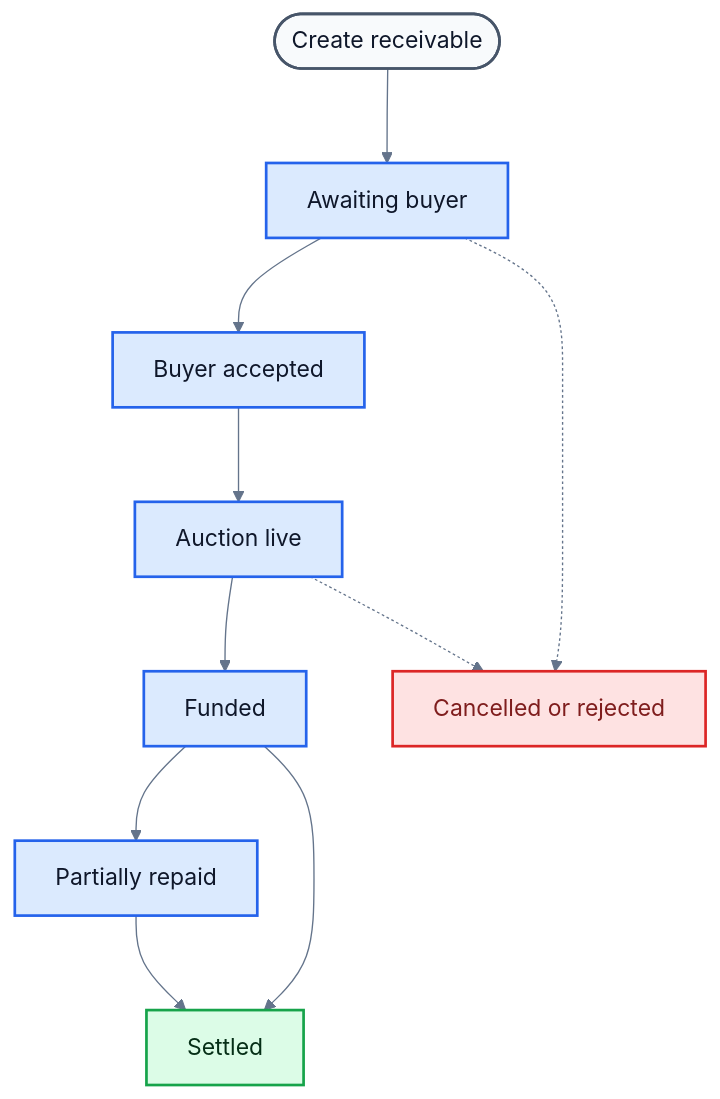
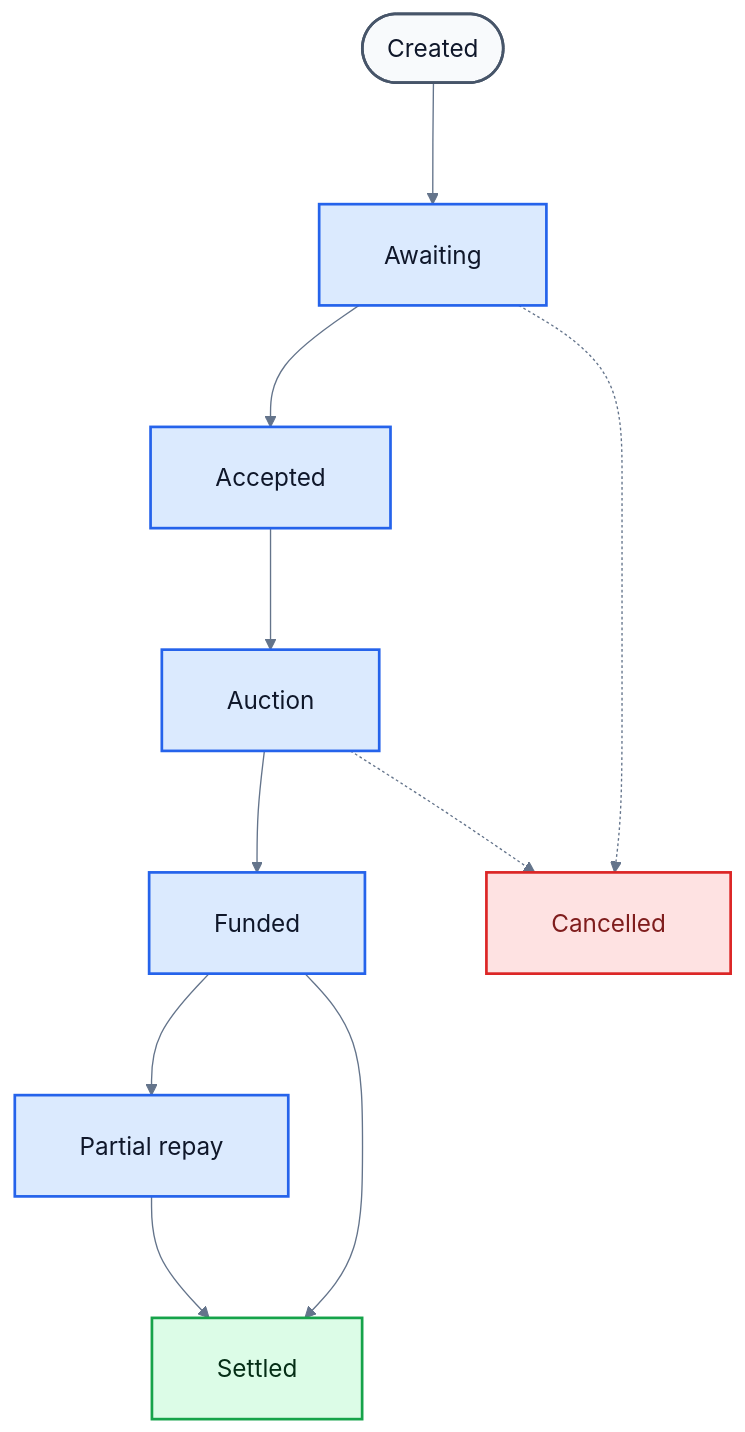
One commit to NikhilRaikwar/Morrow changed the second of 2 diagrams in README.md. Above: the diagram before and after it, drawn with Mermaid. The commit also changed other lines of this file, not shown here.

Commit message:
docs: fix GitHub Mermaid clipping

````diff
--- a/README.md
+++ b/README.md
@@ -66,23 +71,23 @@
 ```mermaid
-%%{init: {"theme":"base","flowchart":{"nodeSpacing":64,"rankSpacing":70},"themeVariables":{"fontFamily":"Inter, Arial","fontSize":"17px","primaryTextColor":"#0f172a","lineColor":"#64748b"}}}%%
+%%{init: {"theme":"base","flowchart":{"htmlLabels":false,"nodeSpacing":90,"rankSpacing":90,"padding":24},"themeVariables":{"fontFamily":"Arial","fontSize":"18px","primaryTextColor":"#0f172a","lineColor":"#64748b"}}}%%
 flowchart TD
-  start(["Create receivable"]):::start
-  awaiting["Awaiting buyer"]:::state
-  accepted["Buyer accepted"]:::state
-  live["Auction live"]:::state
+  start(["Created"]):::start
+  awaiting["Awaiting"]:::state
+  accepted["Accepted"]:::state
+  live["Auction"]:::state
   funded["Funded"]:::state
-  partial["Partially repaid"]:::state
+  partial["Partial repay"]:::state
   settled["Settled"]:::done
-  cancelled["Cancelled or rejected"]:::stop
+  cancelled["Cancelled"]:::stop
 
   start --> awaiting --> accepted --> live --> funded
   funded --> partial --> settled
   funded --> settled
   awaiting -.-> cancelled
   live -.-> cancelled
 
   classDef start fill:#f8fafc,stroke:#475569,color:#0f172a,stroke-width:2px;
   classDef state fill:#dbeafe,stroke:#2563eb,color:#0f172a,stroke-width:2px;
   classDef done fill:#dcfce7,stroke:#16a34a,color:#052e16,stroke-width:2px;
   classDef stop fill:#fee2e2,stroke:#dc2626,color:#7f1d1d,stroke-width:2px;
 ```
````
